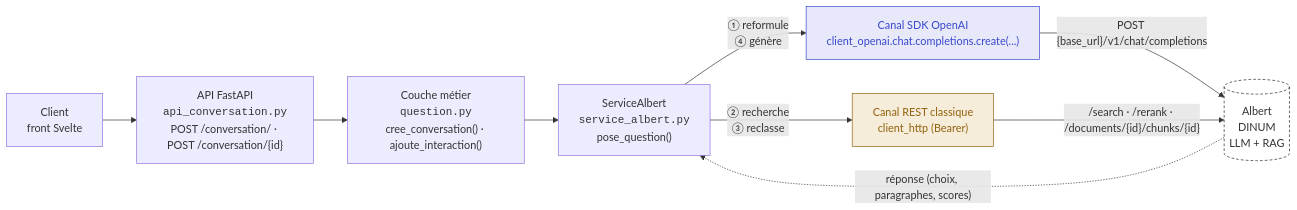
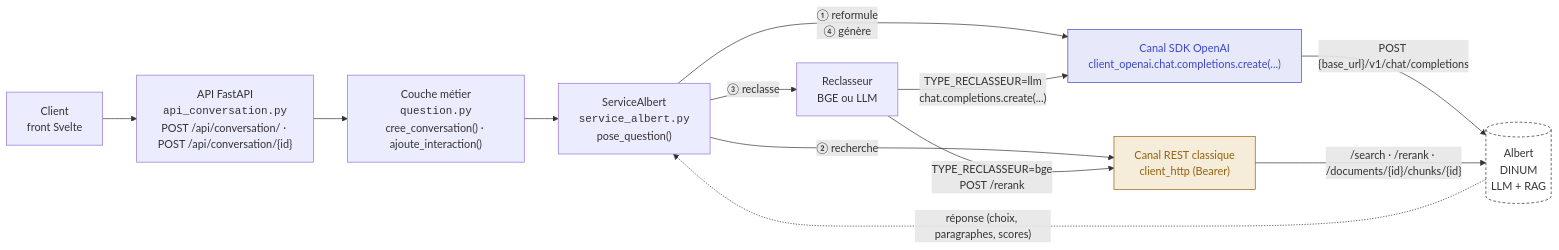
One commit to betagouv/anssi-recommandations-cyber changed the diagram in documentation/interactions_albert.md. Above: the diagram before and after it, drawn with Mermaid. The commit also changed other lines of this file, not shown here.

````diff
--- a/documentation/interactions_albert.md
+++ b/documentation/interactions_albert.md
@@ -8,21 +8,24 @@
 ```mermaid
 flowchart LR
-    Client["Client<br/>front Svelte"] --> API["API FastAPI<br/><code>api_conversation.py</code><br/>POST /conversation/ · POST /conversation/{id}"]
+    Client["Client<br/>front Svelte"] --> API["API FastAPI<br/><code>api_conversation.py</code><br/>POST /api/conversation/ · POST /api/conversation/{id}"]
     API --> Metier["Couche métier<br/><code>question.py</code><br/>cree_conversation() · ajoute_interaction()"]
     Metier --> SA["ServiceAlbert<br/><code>service_albert.py</code><br/>pose_question()"]
 
     SA -->|"① reformule<br/>④ génère"| OpenAI["Canal SDK OpenAI<br/>client_openai.chat.completions.create(...)"]
-    SA -->|"② recherche<br/>③ reclasse"| REST["Canal REST classique<br/>client_http (Bearer)"]
+    SA -->|"② recherche"| REST["Canal REST classique<br/>client_http (Bearer)"]
+    SA -->|"③ reclasse"| Reclasseur["Reclasseur<br/>BGE ou LLM"]
+    Reclasseur -->|"TYPE_RECLASSEUR=bge<br/>POST /rerank"| REST
+    Reclasseur -->|"TYPE_RECLASSEUR=llm<br/>chat.completions.create(...)"| OpenAI
 
     OpenAI -->|"POST {base_url}/v1/chat/completions"| Albert[("Albert<br/>DINUM<br/>LLM + RAG")]
     REST -->|"/search · /rerank · /documents/{id}/chunks/{id}"| Albert
 
     Albert -.->|"réponse (choix, paragraphes, scores)"| SA
 
     classDef openai fill:#e7e9fb,stroke:#3947c9,color:#3947c9;
     classDef rest fill:#f5ecda,stroke:#92620d,color:#92620d;
     classDef albert fill:#ffffff,stroke:#1c2331,stroke-dasharray: 4 3;
     class OpenAI openai;
     class REST rest;
     class Albert albert;
 ```
````
